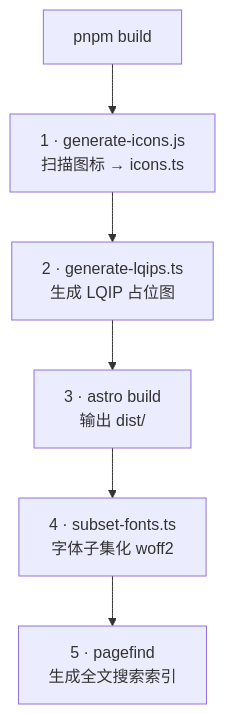
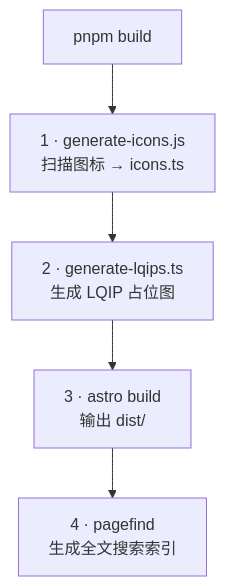
The second of 3 diagrams in README.md (LuvGaze/Blog), drawn with Mermaid before and after one commit. The commit also changed other lines of this file, not shown here.

````diff
--- a/README.md
+++ b/README.md
@@ -215,8 +215,7 @@
 ```mermaid
 flowchart TD
     A["pnpm build"] --> B["1 · generate-icons.js<br/>扫描图标 → icons.ts"]
     B --> C["2 · generate-lqips.ts<br/>生成 LQIP 占位图"]
     C --> D["3 · astro build<br/>输出 dist/"]
-    D --> E["4 · subset-fonts.ts<br/>字体子集化 woff2"]
-    E --> F["5 · pagefind<br/>生成全文搜索索引"]
+    D --> E["4 · pagefind<br/>生成全文搜索索引"]
 ```
````
